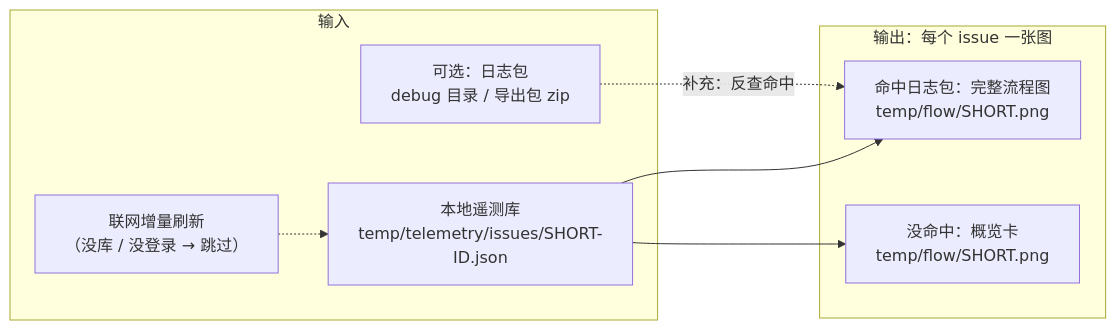
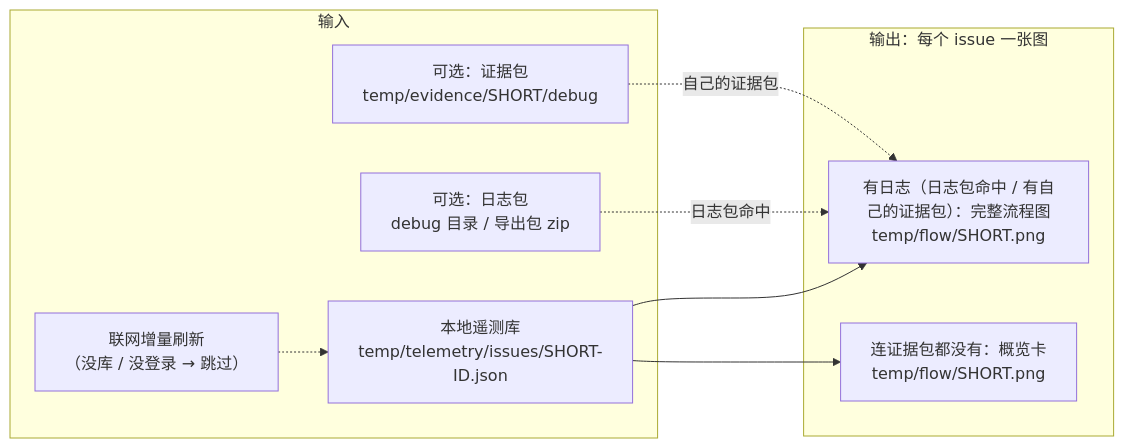
One commit to melancholyFishAndWater/MaaAshArms changed the second of 2 diagrams in tools/drawing/README.md. Above: the diagram before and after it, drawn with Mermaid. The commit also changed other lines of this file and 4 other files, not shown here.

First line of the commit message:
feat(drawing): 批量出图优先用 issue 自己的证据包画完整流程

````diff
--- a/tools/drawing/README.md
+++ b/tools/drawing/README.md
@@ -142,16 +142,18 @@
 ```mermaid
 flowchart LR
     subgraph IN["输入"]
         T1["本地遥测库<br/>temp/telemetry/issues/SHORT-ID.json"]
         T2["联网增量刷新<br/>（没库 / 没登录 → 跳过）"]
         L1["可选：日志包<br/>debug 目录 / 导出包 zip"]
+        E1["可选：证据包<br/>temp/evidence/SHORT/debug"]
     end
     subgraph OUT["输出：每个 issue 一张图"]
-        O1["命中日志包：完整流程图<br/>temp/flow/SHORT.png"]
-        O2["没命中：概览卡<br/>temp/flow/SHORT.png"]
+        O1["有日志（日志包命中 / 有自己的证据包）：完整流程图<br/>temp/flow/SHORT.png"]
+        O2["连证据包都没有：概览卡<br/>temp/flow/SHORT.png"]
     end
     T2 -.-> T1
     T1 --> O1
+    L1 -.->|"日志包命中"| O1
+    E1 -.->|"自己的证据包"| O1
     T1 --> O2
-    L1 -.->|"补充：反查命中"| O1
 ```
````
